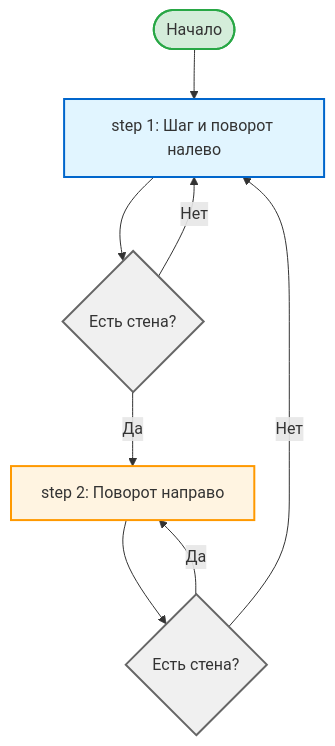
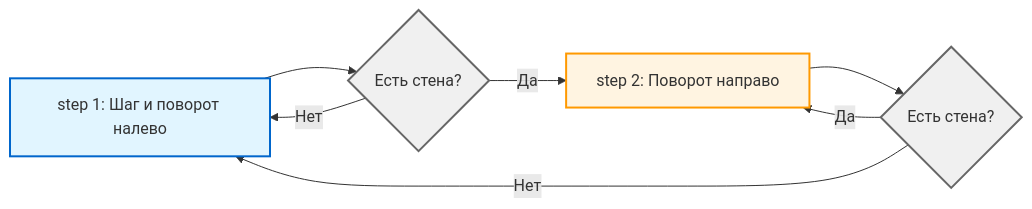
The first of 2 diagrams in src/turingcomplete/turingcomplete_programming.md (Jekahome/Computer-Science-Bookshelf), drawn with Mermaid before and after one commit. The commit also changed other lines of this file and 11 other files, not shown here.

````diff
--- a/src/turingcomplete/turingcomplete_programming.md
+++ b/src/turingcomplete/turingcomplete_programming.md
@@ -607,20 +608,17 @@
 ```mermaid
-flowchart TD
-    Start([Начало]) --> step1[step 1: Шаг и поворот налево]
-    
-    step1 --> Check1{Есть стена?}
+flowchart LR
+    step1[step 1: Шаг и поворот налево] --> Check1{Есть стена?}
     
     Check1 -->|Да| step2[step 2: Поворот направо]
     Check1 -->|Нет| step1
     
     step2 --> Check2{Есть стена?}
     
     Check2 -->|Да| step2
     Check2 -->|Нет| step1
     
     style step1 fill:#e1f5ff,stroke:#0066cc,stroke-width:2px
     style step2 fill:#fff4e1,stroke:#ff9900,stroke-width:2px
     style Check1 fill:#f0f0f0,stroke:#666,stroke-width:2px
     style Check2 fill:#f0f0f0,stroke:#666,stroke-width:2px
-    style Start fill:#d4edda,stroke:#28a745,stroke-width:2px
 ```
````
